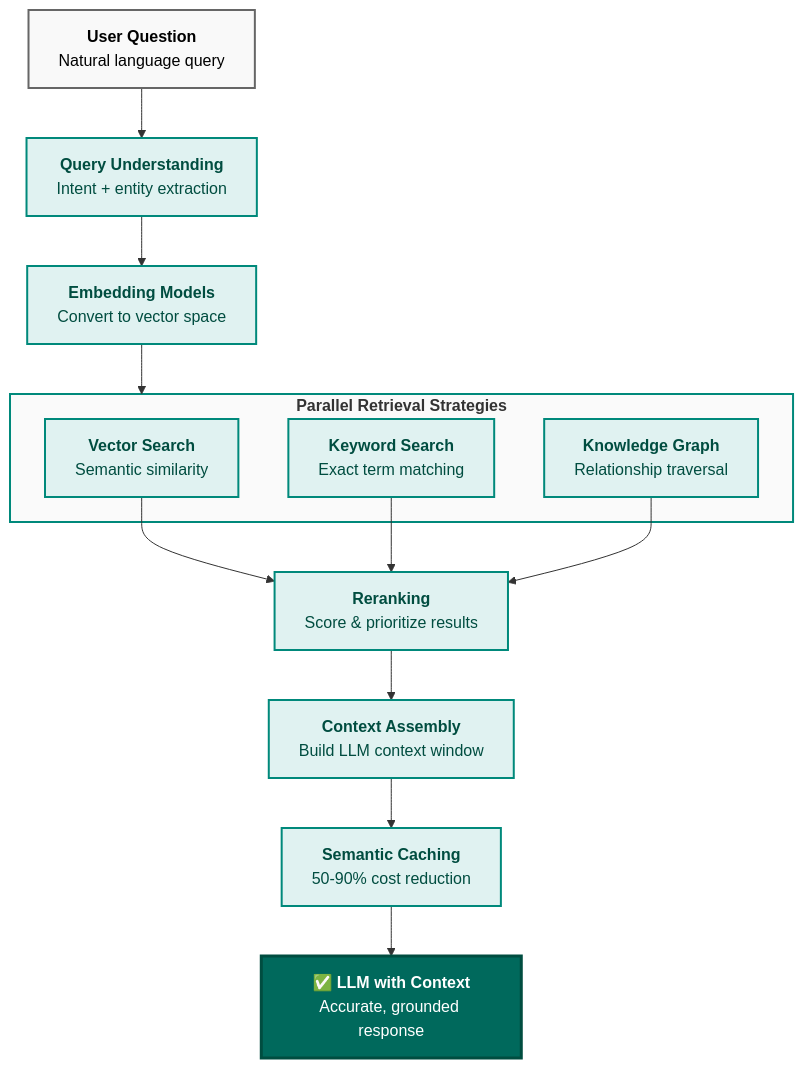
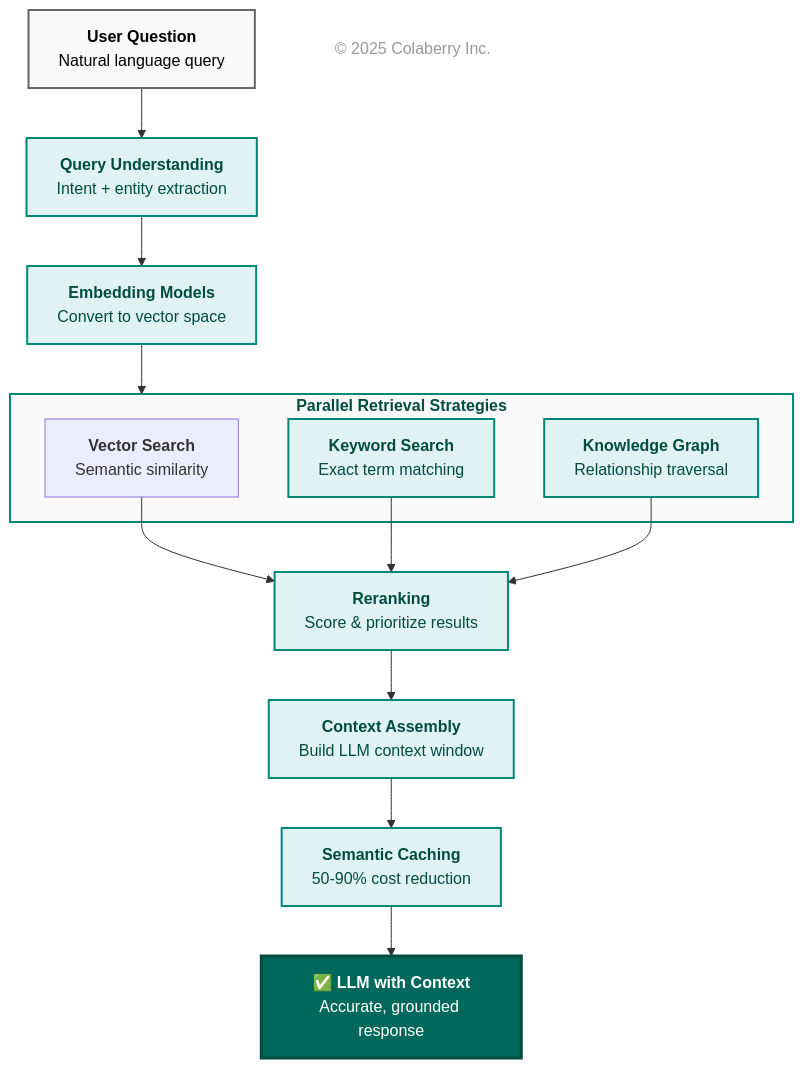
Before and after one commit to colaberry/enterprise-data-readiness-ai-agents: the eighth of 16 diagrams in chapter-01/chapter_1_complete.md, drawn with Mermaid. The commit also changed other lines of this file, not shown here.

````diff
--- a/chapter-01/chapter_1_complete.md
+++ b/chapter-01/chapter_1_complete.md
@@ -1019,44 +1052,48 @@
 ```mermaid
 graph TB
     Q["<b>User Question</b><br/>Natural language query"]
     
     U["<b>Query Understanding</b><br/>Intent + entity extraction"]
     
     E["<b>Embedding Models</b><br/>Convert to vector space"]
     
     subgraph retrieval["<b>Parallel Retrieval Strategies</b>"]
         V["<b>Vector Search</b><br/>Semantic similarity"]
         K["<b>Keyword Search</b><br/>Exact term matching"]
         G["<b>Knowledge Graph</b><br/>Relationship traversal"]
     end
     
     RANK["<b>Reranking</b><br/>Score & prioritize results"]
     
     ASSEMBLE["<b>Context Assembly</b><br/>Build LLM context window"]
     
     CACHE["<b>Semantic Caching</b><br/>50-90% cost reduction"]
     
     LLM["<b>✅ LLM with Context</b><br/>Accurate, grounded response"]
     
     Q --> U
     U --> E
     E --> retrieval
     V --> RANK
     K --> RANK
     G --> RANK
     RANK --> ASSEMBLE
     ASSEMBLE --> CACHE
     CACHE --> LLM
     
     style Q fill:#f9f9f9,stroke:#666666,stroke-width:2px,color:#000000
     style U fill:#e0f2f1,stroke:#00897b,stroke-width:2px,color:#004d40
     style E fill:#e0f2f1,stroke:#00897b,stroke-width:2px,color:#004d40
-    style retrieval fill:#fafafa,stroke:#00897b,stroke-width:2px
-    style V fill:#e0f2f1,stroke:#00897b,stroke-width:2px,color:#004d40
+    style retrieval fill:#fafafa,stroke:#00897b,stroke-width:2px,color:#000000    style V fill:#e0f2f1,stroke:#00897b,stroke-width:2px,color:#004d40
     style K fill:#e0f2f1,stroke:#00897b,stroke-width:2px,color:#004d40
     style G fill:#e0f2f1,stroke:#00897b,stroke-width:2px,color:#004d40
     style RANK fill:#e0f2f1,stroke:#00897b,stroke-width:2px,color:#004d40
     style ASSEMBLE fill:#e0f2f1,stroke:#00897b,stroke-width:2px,color:#004d40
     style CACHE fill:#e0f2f1,stroke:#00897b,stroke-width:2px,color:#004d40
+
+    %% Copyright Notice
+    CR["© 2025 Colaberry Inc."]
+
     style LLM fill:#00695c,color:#ffffff,stroke:#004d40,stroke-width:3px
+    style CR fill:none,stroke:none,color:#999999
 ```
````
